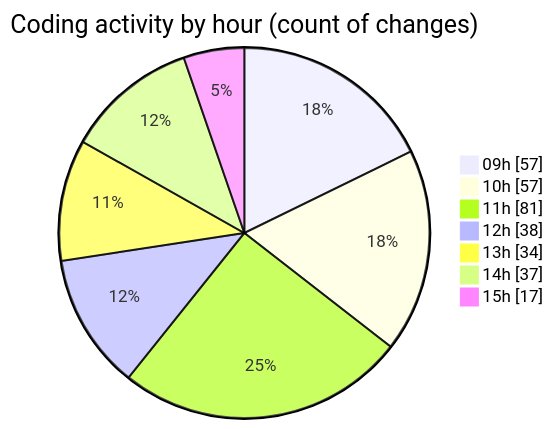
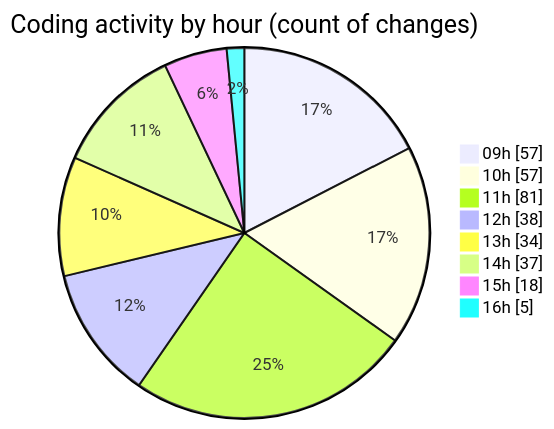
One commit to momahboobian/code-tracking changed the second of 2 diagrams in 2025-09-19/cda/README.md. Above: the diagram before and after it, drawn with Mermaid. The commit also changed other lines of this file and 1 other file, not shown here.

````diff
--- a/2025-09-19/cda/README.md
+++ b/2025-09-19/cda/README.md
@@ -36,11 +36,12 @@
 ```mermaid
 pie showData
 title Coding activity by hour (count of changes)
 "09h" : 57
 "10h" : 57
 "11h" : 81
 "12h" : 38
 "13h" : 34
 "14h" : 37
-"15h" : 17
+"15h" : 18
+"16h" : 5
 ```
````
